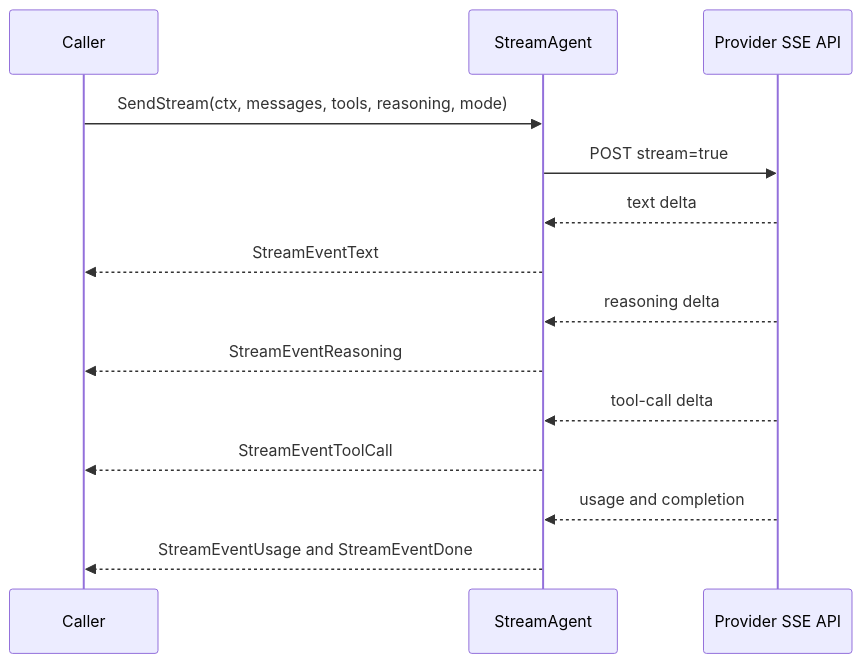
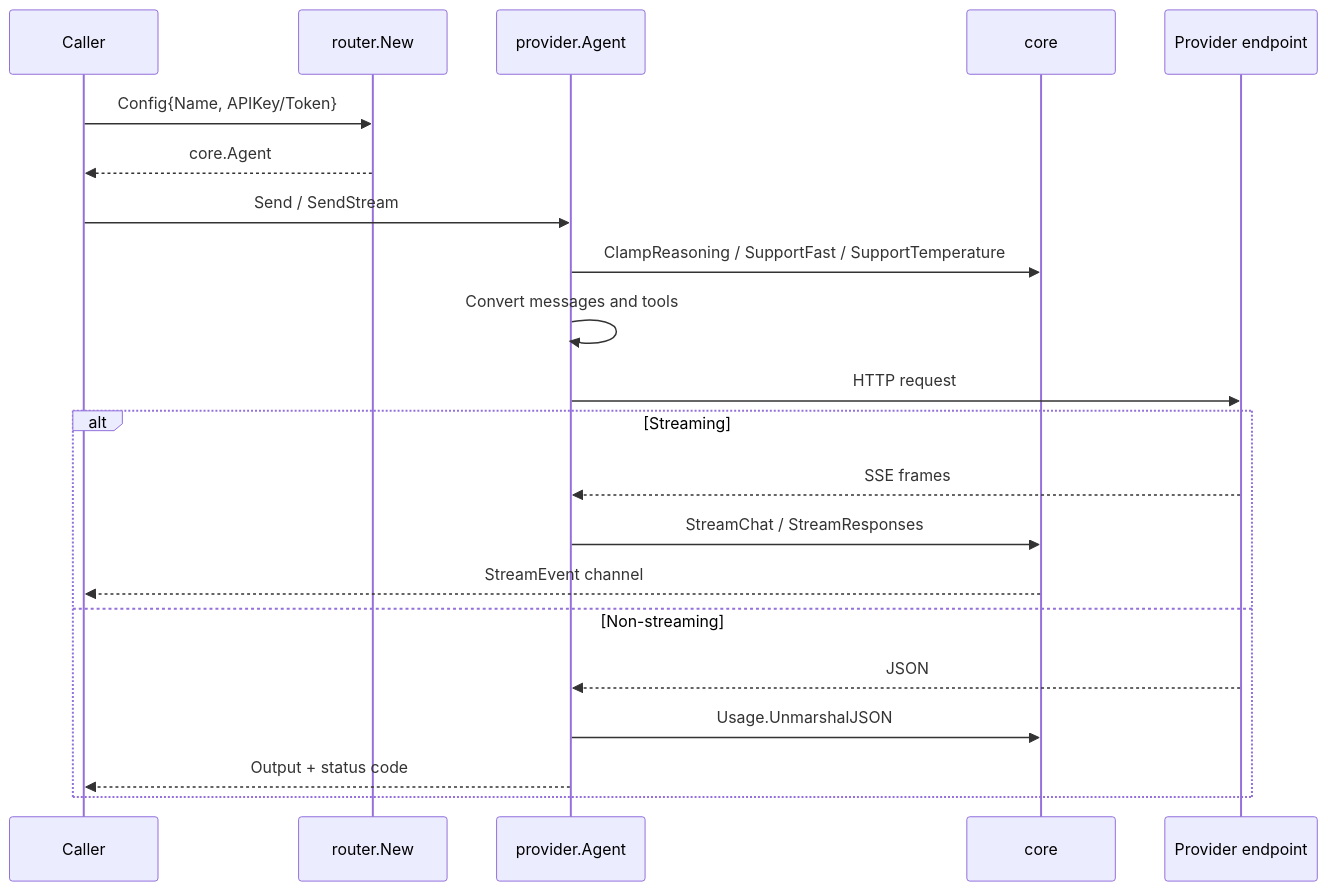
One commit to pardnchiu/go-llm-router changed the ninth of 11 diagrams in doc/architecture.md. Above: the diagram before and after it, drawn with Mermaid. The commit also changed other lines of this file and 5 other files, not shown here.

Commit message:
doc: Rewrite documentation for the current router architecture

````diff
--- a/doc/architecture.md
+++ b/doc/architecture.md
@@ -204,17 +197,24 @@
 ```mermaid
 sequenceDiagram
-    participant Client as Caller
-    participant Agent as StreamAgent
-    participant API as Provider SSE API
+    participant Caller
+    participant Router as router.New
+    participant Agent as provider.Agent
+    participant Core as core
+    participant API as Provider endpoint
 
-    Client->>Agent: SendStream(ctx, messages, tools, reasoning, mode)
-    Agent->>API: POST stream=true
-    API-->>Agent: text delta
-    Agent-->>Client: StreamEventText
-    API-->>Agent: reasoning delta
-    Agent-->>Client: StreamEventReasoning
-    API-->>Agent: tool-call delta
-    Agent-->>Client: StreamEventToolCall
-    API-->>Agent: usage and completion
-    Agent-->>Client: StreamEventUsage and StreamEventDone
+    Caller->>Router: Config{Name, APIKey/Token}
+    Router-->>Caller: core.Agent
+    Caller->>Agent: Send / SendStream
+    Agent->>Core: ClampReasoning / SupportFast / SupportTemperature
+    Agent->>Agent: Convert messages and tools
+    Agent->>API: HTTP request
+    alt Streaming
+        API-->>Agent: SSE frames
+        Agent->>Core: StreamChat / StreamResponses
+        Core-->>Caller: StreamEvent channel
+    else Non-streaming
+        API-->>Agent: JSON
+        Agent->>Core: Usage.UnmarshalJSON
+        Agent-->>Caller: Output + status code
+    end
 ```
````
